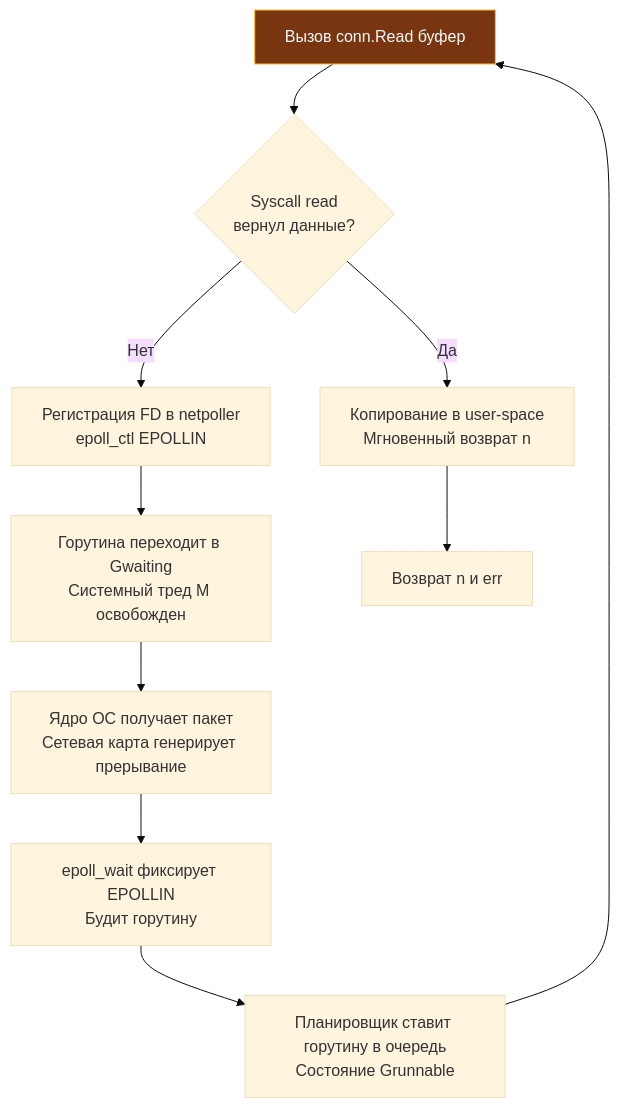
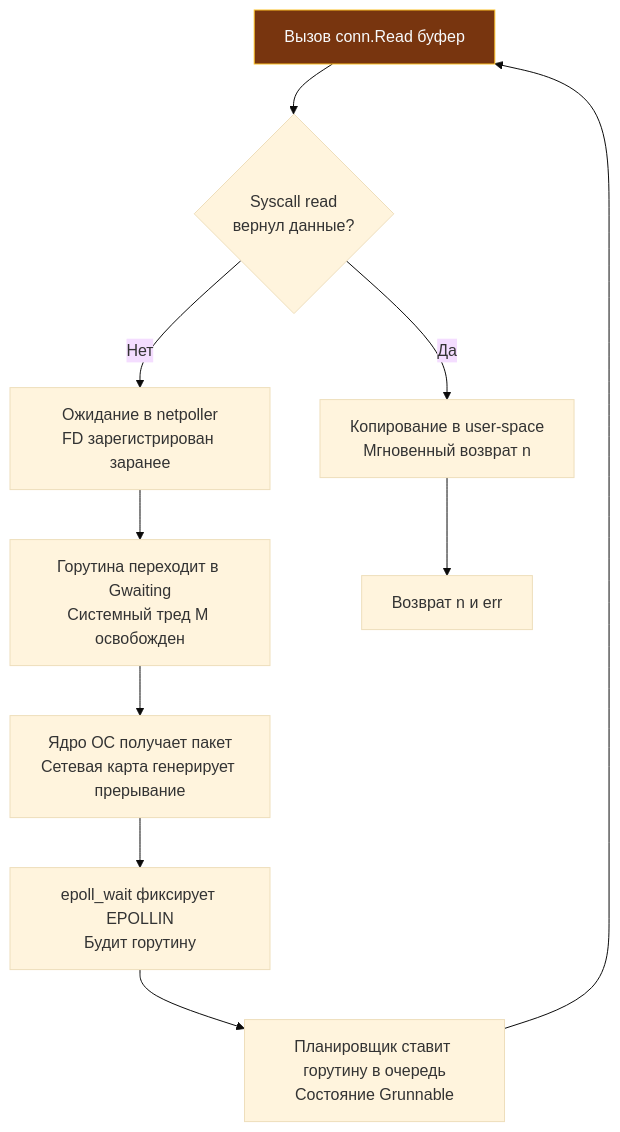
One commit to UnrealTemplier/go-textbook-ru changed the diagram in sources/6. Стандартная библиотека Go/31. net. Базовая работа с сетью.md. Above: the diagram before and after it, drawn with Mermaid (base theme). The commit also changed other lines of this file and 47 other files, not shown here.

````diff
--- a/sources/6. Стандартная библиотека Go/31. net. Базовая работа с сетью.md
+++ b/sources/6. Стандартная библиотека Go/31. net. Базовая работа с сетью.md
@@ -23,22 +23,22 @@
 ```mermaid
 flowchart TD
     classDef process  fill:#1e293b,stroke:#38bdf8,stroke-width:1px,color:#f8fafc
     classDef success  fill:#064e3b,stroke:#34d399,stroke-width:1px,color:#f8fafc
     classDef error    fill:#7f1d1d,stroke:#f87171,stroke-width:1px,color:#f8fafc
     classDef warning  fill:#78350f,stroke:#fbbf24,stroke-width:1px,color:#f8fafc
     classDef entry    fill:#1e3a5f,stroke:#38bdf8,stroke-width:2px,color:#f8fafc
     classDef aux      fill:#334155,stroke:#64748b,stroke-width:1px,color:#f8fafc
     classDef system   fill:#312e81,stroke:#a78bfa,stroke-width:1px,color:#f8fafc
     classDef data     fill:#132d29,stroke:#2dd4bf,stroke-width:1px,color:#f8fafc
     classDef network  fill:#881337,stroke:#fb7185,stroke-width:1px,color:#f8fafc
     classDef accent   fill:#1e1b4b,stroke:#818cf8,stroke-width:1px,color:#f8fafc
     A["Вызов conn.Read буфер"]:::warning --> B{"Syscall read<br>вернул данные?"}
     B -->|Да| C["Копирование в user-space<br>Мгновенный возврат n"]
-    B -->|Нет| D["Регистрация FD в netpoller<br>epoll_ctl EPOLLIN"]
+    B -->|Нет| D["Ожидание в netpoller<br>FD зарегистрирован заранее"]
     D --> E["Горутина переходит в Gwaiting<br>Системный тред M освобожден"]
     E --> F["Ядро ОС получает пакет<br>Сетевая карта генерирует прерывание"]
     F --> G["epoll_wait фиксирует EPOLLIN<br>Будит горутину"]
     G --> H["Планировщик ставит горутину в очередь<br>Состояние Grunnable"]
     H --> A
     C --> I["Возврат n и err"]
 ```
````
